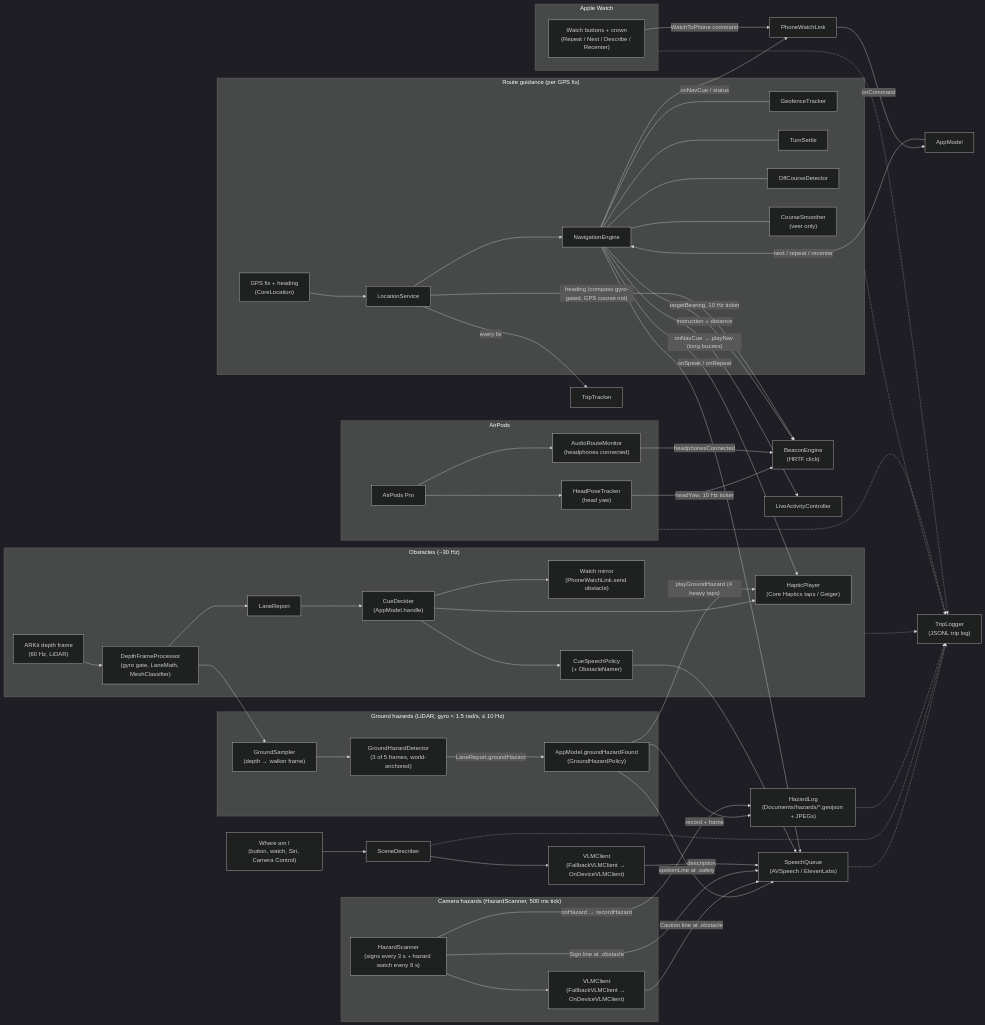
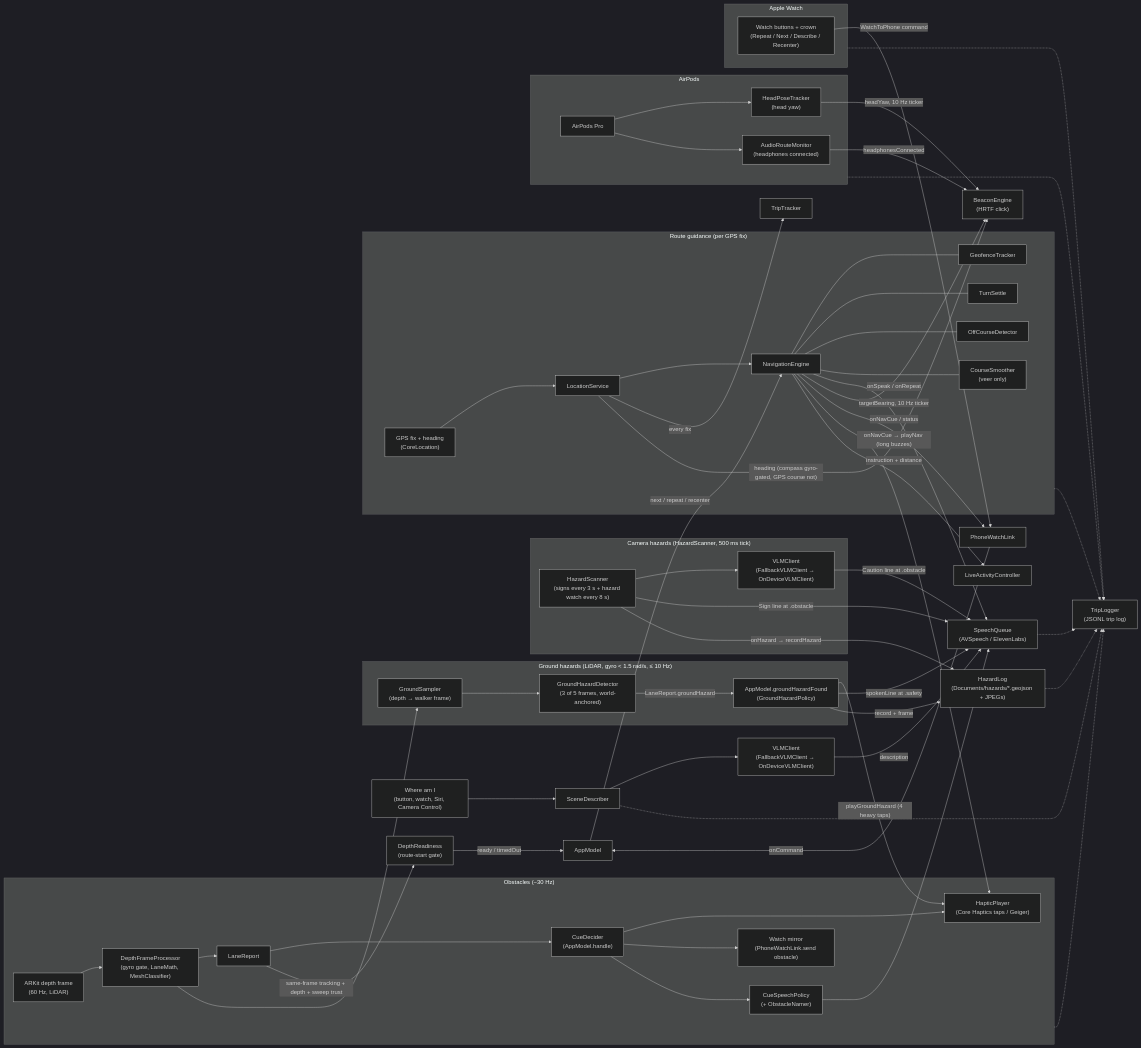
The diagram in docs/CODE_REFERENCE.md (aritroBh/OpenCane), drawn with Mermaid (dark theme) before and after one commit. The commit also changed other lines of this file and 14 other files, not shown here.

First line of the commit message:
Step 22: Gate route start on fresh trusted LiDAR depth

```diff
--- a/docs/CODE_REFERENCE.md
+++ b/docs/CODE_REFERENCE.md
@@ -48,6 +48,9 @@
     GHD -->|LaneReport.groundHazard| GHF["AppModel.groundHazardFound<br/>(GroundHazardPolicy)"]
   end
   DFP --> GS
+
+  LR -->|same-frame tracking + depth + sweep trust| DR["DepthReadiness\n(route-start gate)"]
+  DR -->|ready / timedOut| AM
 
   subgraph Camera["Camera hazards (HazardScanner, 500 ms tick)"]
     HS["HazardScanner<br/>(signs every 3 s + hazard watch every 8 s)"]
```
